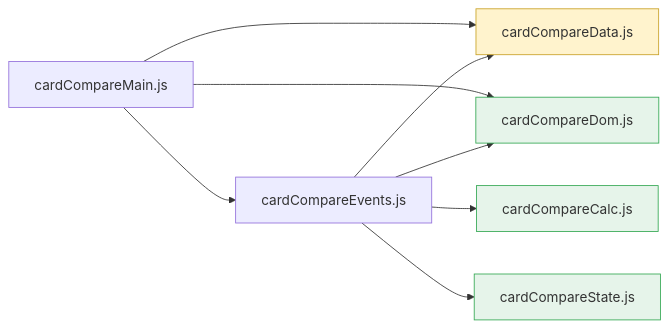
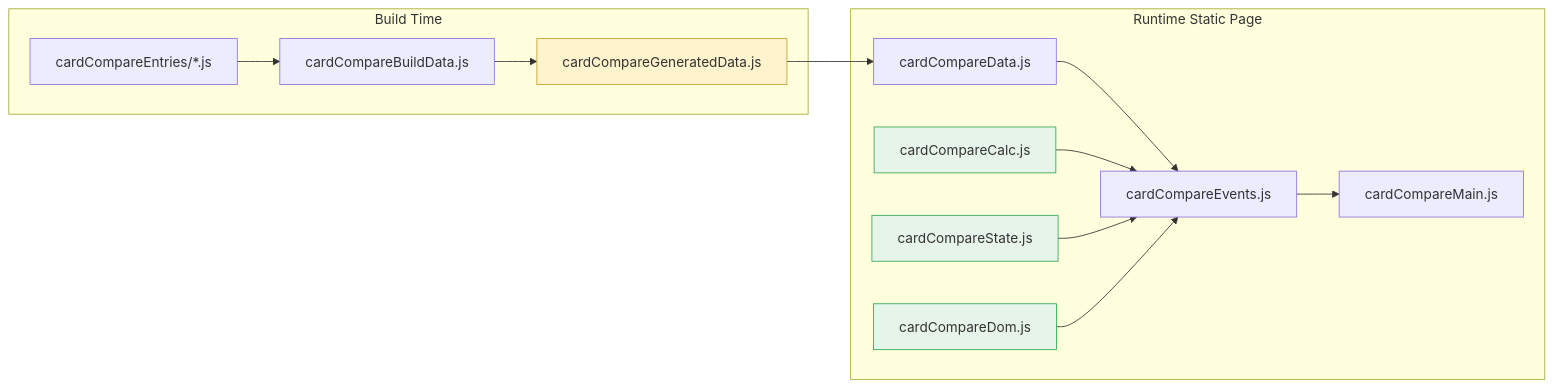
One commit to Ashwani07/voucher-discount-calculator changed the diagram in docs/WIP/cardCompareArchitecture.md. Above: the diagram before and after it, drawn with Mermaid. The commit also changed other lines of this file and 3 other files, not shown here.

First line of the commit message:
docs: sync live architecture, update Structure.md with copilot findings, and defer CardCompare

````diff
--- a/docs/WIP/cardCompareArchitecture.md
+++ b/docs/WIP/cardCompareArchitecture.md
@@ -80,18 +75,22 @@
 ```mermaid
 graph LR
-    cardCompareData[cardCompareData.js]
-    cardCompareCalc[cardCompareCalc.js]
-    cardCompareState[cardCompareState.js]
-    cardCompareDom[cardCompareDom.js]
-    cardCompareEvents[cardCompareEvents.js]
-    cardCompareMain[cardCompareMain.js]
+    subgraph Build Time
+        entries[cardCompareEntries/*.js] --> builder[cardCompareBuildData.js]
+        builder --> genData[cardCompareGeneratedData.js]
+    end
 
-    cardCompareEvents --> cardCompareData & cardCompareCalc & cardCompareState & cardCompareDom
-    cardCompareMain --> cardCompareDom & cardCompareData & cardCompareEvents
+    subgraph Runtime Static Page
+        genData --> cardCompareData[cardCompareData.js]
+        cardCompareData --> cardCompareEvents[cardCompareEvents.js]
+        cardCompareCalc[cardCompareCalc.js] --> cardCompareEvents
+        cardCompareState[cardCompareState.js] --> cardCompareEvents
+        cardCompareDom[cardCompareDom.js] --> cardCompareEvents
+        cardCompareEvents --> cardCompareMain[cardCompareMain.js]
+    end
 
     classDef noImports fill:#e6f4ea,stroke:#34a853;
-    class cardCompareCalc,cardCompareState,cardCompareDom noImports
+    class cardCompareCalc,cardCompareState,cardCompareDom noImports;
 
     classDef generated fill:#fff3cd,stroke:#c9a227;
-    class cardCompareData generated
+    class genData generated;
 ```
````
